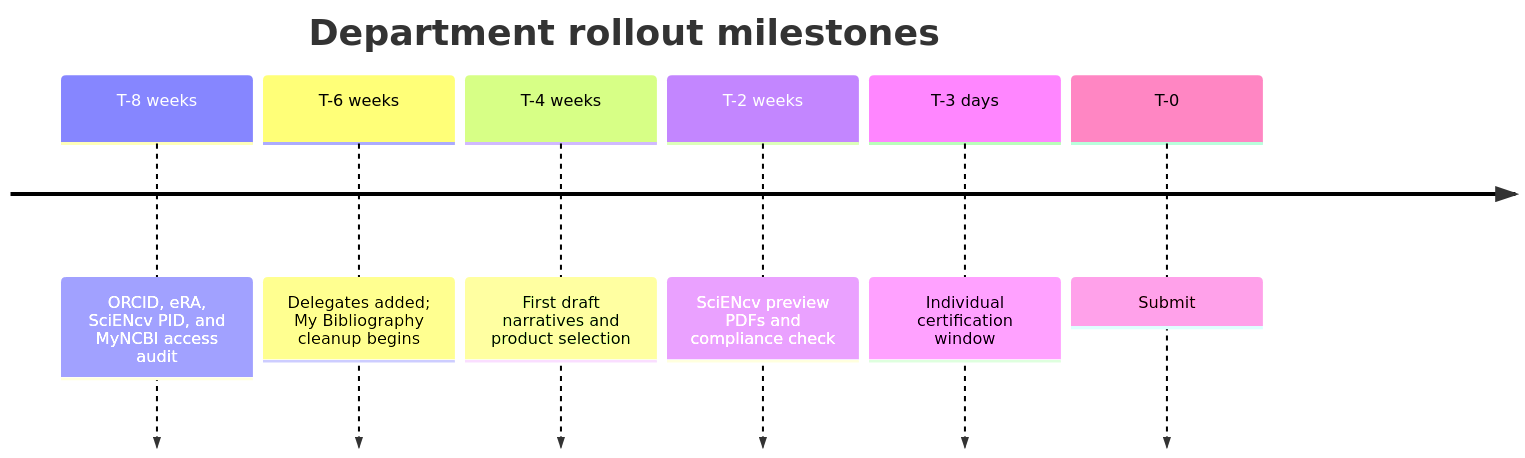
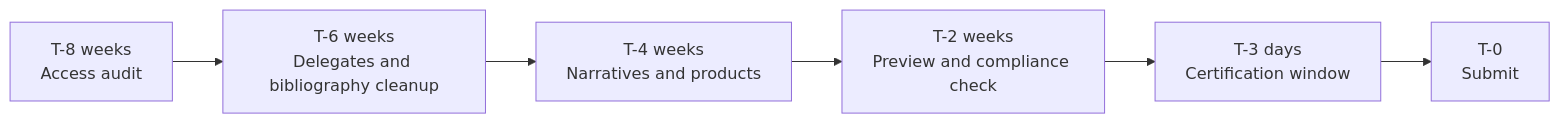
One commit to FritscheLab/nih-sciencv-playbook changed the diagram in docs/transition/department-plan.md. Above: the diagram before and after it, drawn with Mermaid. The commit also changed 7 other files, not shown here.

````diff
--- a/docs/transition/department-plan.md
+++ b/docs/transition/department-plan.md
@@ -18,10 +18,10 @@
 ```mermaid
-timeline
-    title Department rollout milestones
-    T-8 weeks : ORCID, eRA, SciENcv PID, and MyNCBI access audit
-    T-6 weeks : Delegates added; My Bibliography cleanup begins
-    T-4 weeks : First draft narratives and product selection
-    T-2 weeks : SciENcv preview PDFs and compliance check
-    T-3 days : Individual certification window
-    T-0 : Submit
+flowchart LR
+    accTitle: Department rollout milestone timeline
+    accDescr: A countdown timeline for department rollout from access audit at T minus 8 weeks through certification and submission.
+    A["T-8 weeks<br/>Access audit"] --> B["T-6 weeks<br/>Delegates and bibliography cleanup"]
+    B --> C["T-4 weeks<br/>Narratives and products"]
+    C --> D["T-2 weeks<br/>Preview and compliance check"]
+    D --> E["T-3 days<br/>Certification window"]
+    E --> F["T-0<br/>Submit"]
 ```
````
